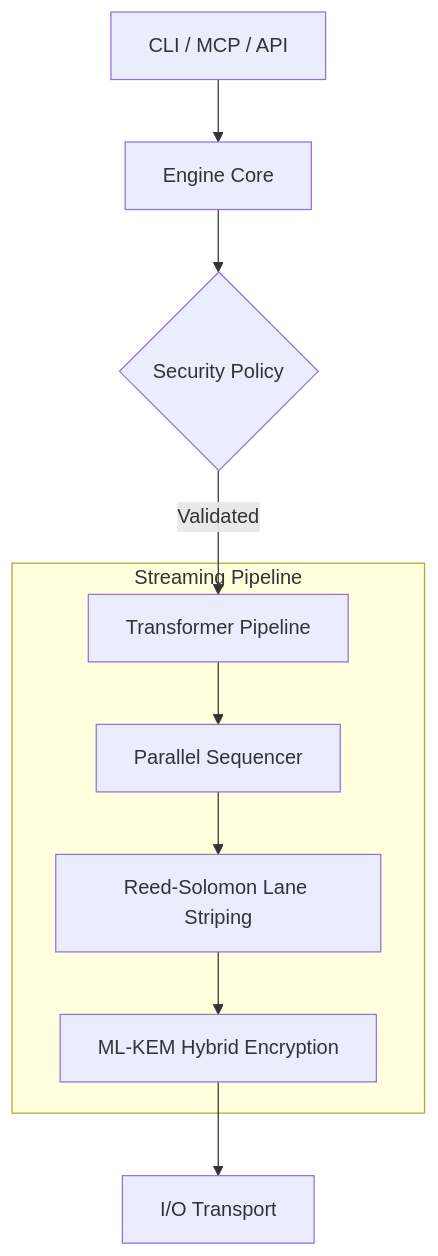
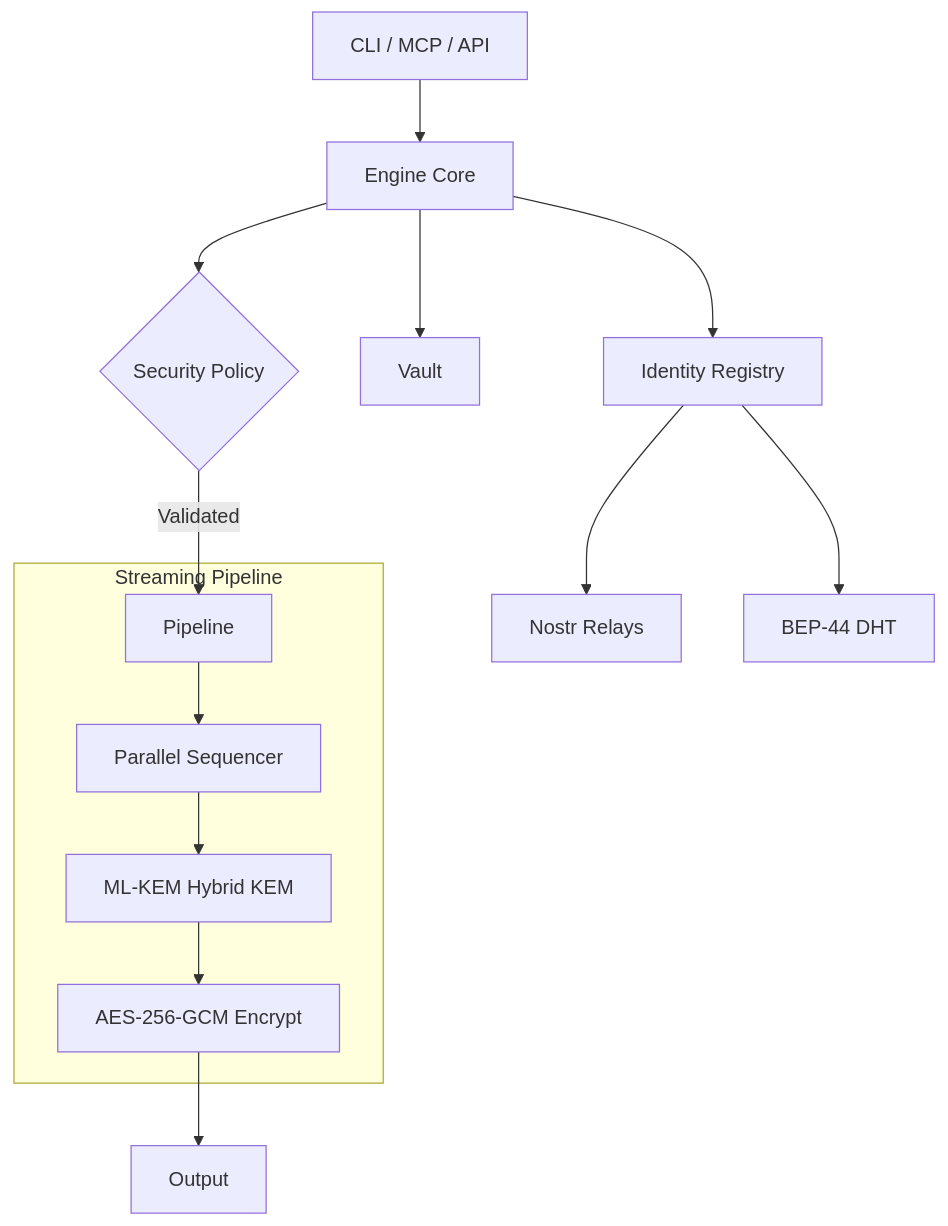
One commit to al-Zamakhshari/maknoon changed the diagram in README.md. Above: the diagram before and after it, drawn with Mermaid. The commit also changed other lines of this file and 2 other files, not shown here.

````diff
--- a/README.md
+++ b/README.md
@@ -99,12 +118,16 @@
 ```mermaid
 graph TD
     A[CLI / MCP / API] --> B[Engine Core]
     B --> C{Security Policy}
-    C -- Validated --> D[Transformer Pipeline]
+    C -- Validated --> D[Pipeline]
     subgraph Pipeline [Streaming Pipeline]
         D --> E[Parallel Sequencer]
-        E --> F[Reed-Solomon Lane Striping]
-        F --> G[ML-KEM Hybrid Encryption]
+        E --> F[ML-KEM Hybrid KEM]
+        F --> G[AES-256-GCM Encrypt]
     end
-    G --> H[I/O Transport]
+    G --> H[Output]
+    B --> I[Vault]
+    B --> J[Identity Registry]
+    J --> K[Nostr Relays]
+    J --> L[BEP-44 DHT]
 ```
````
